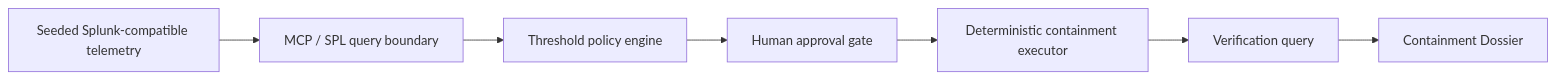
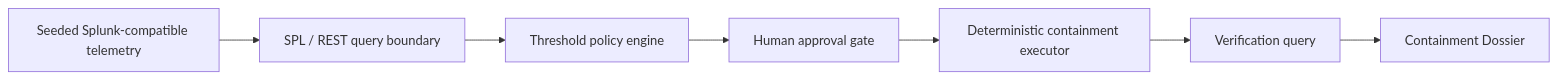
One commit to veithly/containment-countdown changed the diagram in docs/ARCHITECTURE.md. Above: the diagram before and after it, drawn with Mermaid. The commit also changed other lines of this file and 45 other files, not shown here.

````diff
--- a/docs/ARCHITECTURE.md
+++ b/docs/ARCHITECTURE.md
@@ -5,9 +5,9 @@
 ```mermaid
 flowchart LR
-  telemetry["Seeded Splunk-compatible telemetry"] --> mcp["MCP / SPL query boundary"]
-  mcp --> policy["Threshold policy engine"]
+  telemetry["Seeded Splunk-compatible telemetry"] --> boundary["SPL / REST query boundary"]
+  boundary --> policy["Threshold policy engine"]
   policy --> approval["Human approval gate"]
   approval --> executor["Deterministic containment executor"]
   executor --> verify["Verification query"]
   verify --> dossier["Containment Dossier"]
 ```
````
